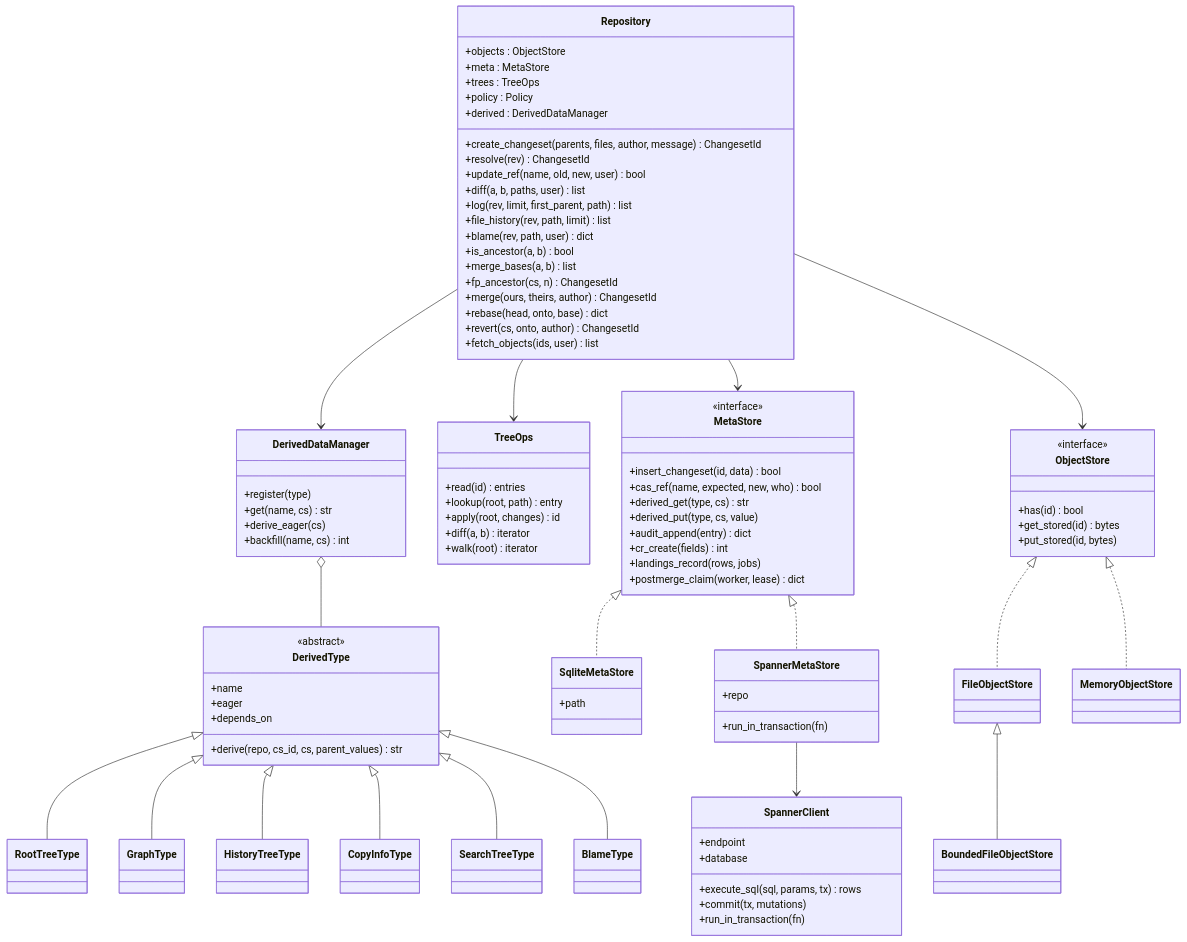
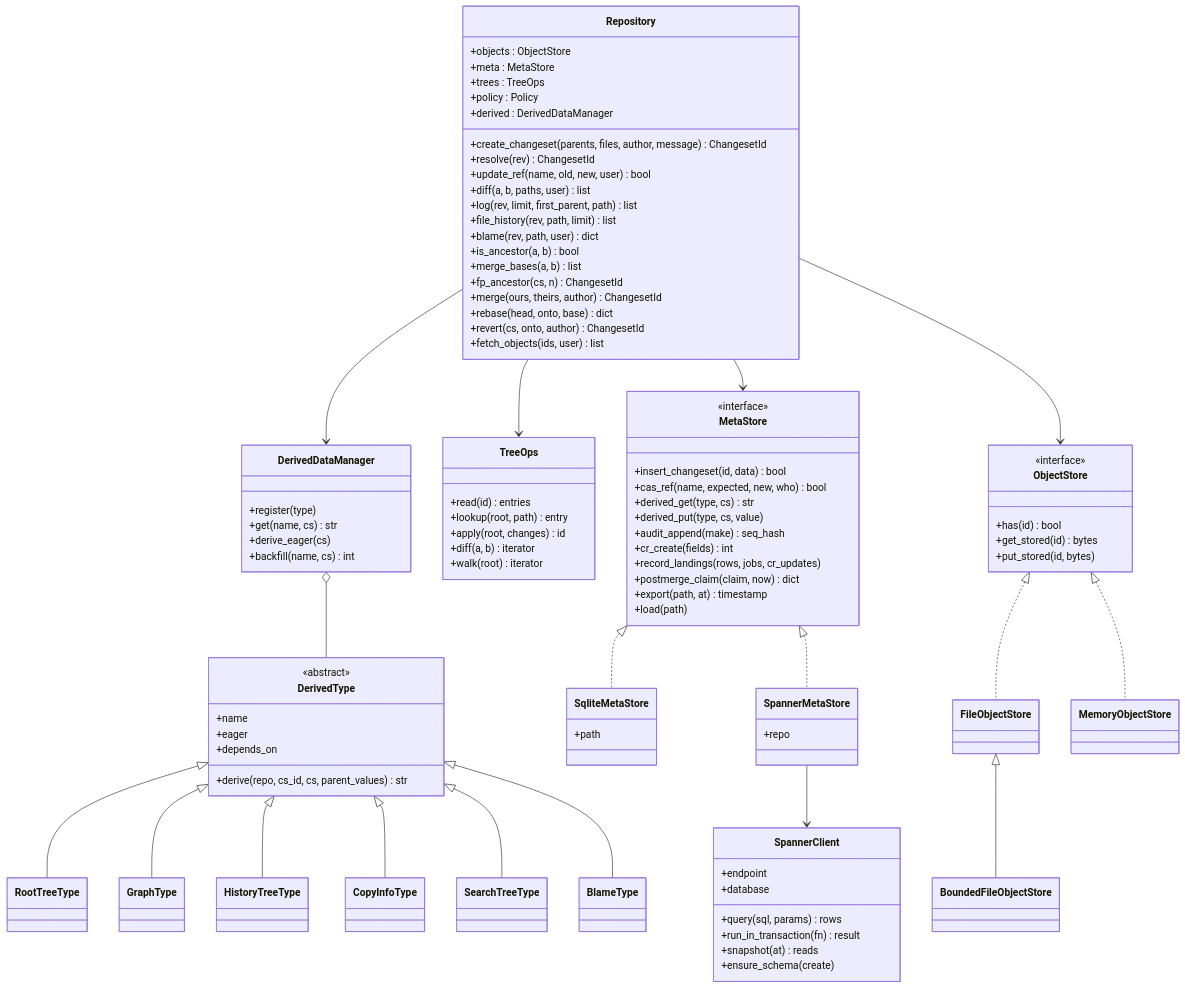
The fifth of 28 diagrams in scion/docs/design/06-uml.md (Space-Trucker/AIresume), drawn with Mermaid before and after one commit. The commit also changed other lines of this file and 27 other files, not shown here.

```diff
--- a/scion/docs/design/06-uml.md
+++ b/scion/docs/design/06-uml.md
@@ -356,24 +356,26 @@
     +cas_ref(name, expected, new, who) bool
     +derived_get(type, cs) str
     +derived_put(type, cs, value)
-    +audit_append(entry) dict
+    +audit_append(make) seq_hash
     +cr_create(fields) int
-    +landings_record(rows, jobs)
-    +postmerge_claim(worker, lease) dict
+    +record_landings(rows, jobs, cr_updates)
+    +postmerge_claim(claim, now) dict
+    +export(path, at) timestamp
+    +load(path)
   }
   class SqliteMetaStore {
     +path
   }
   class SpannerMetaStore {
     +repo
-    +run_in_transaction(fn)
   }
   class SpannerClient {
     +endpoint
     +database
-    +execute_sql(sql, params, tx) rows
-    +commit(tx, mutations)
-    +run_in_transaction(fn)
+    +query(sql, params) rows
+    +run_in_transaction(fn) result
+    +snapshot(at) reads
+    +ensure_schema(create)
   }
   class ObjectStore {
     <<interface>>
```
